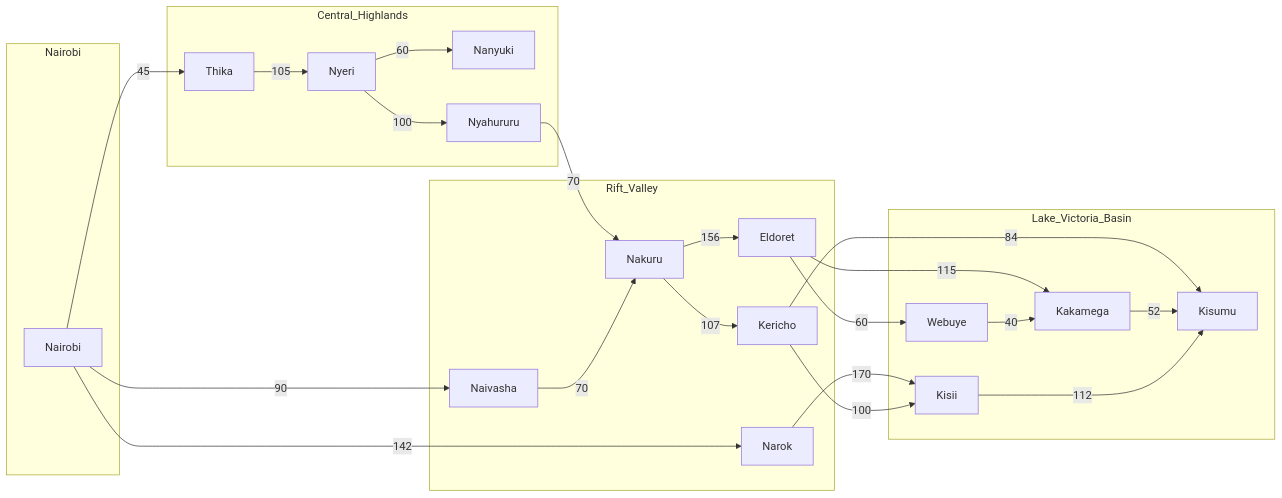
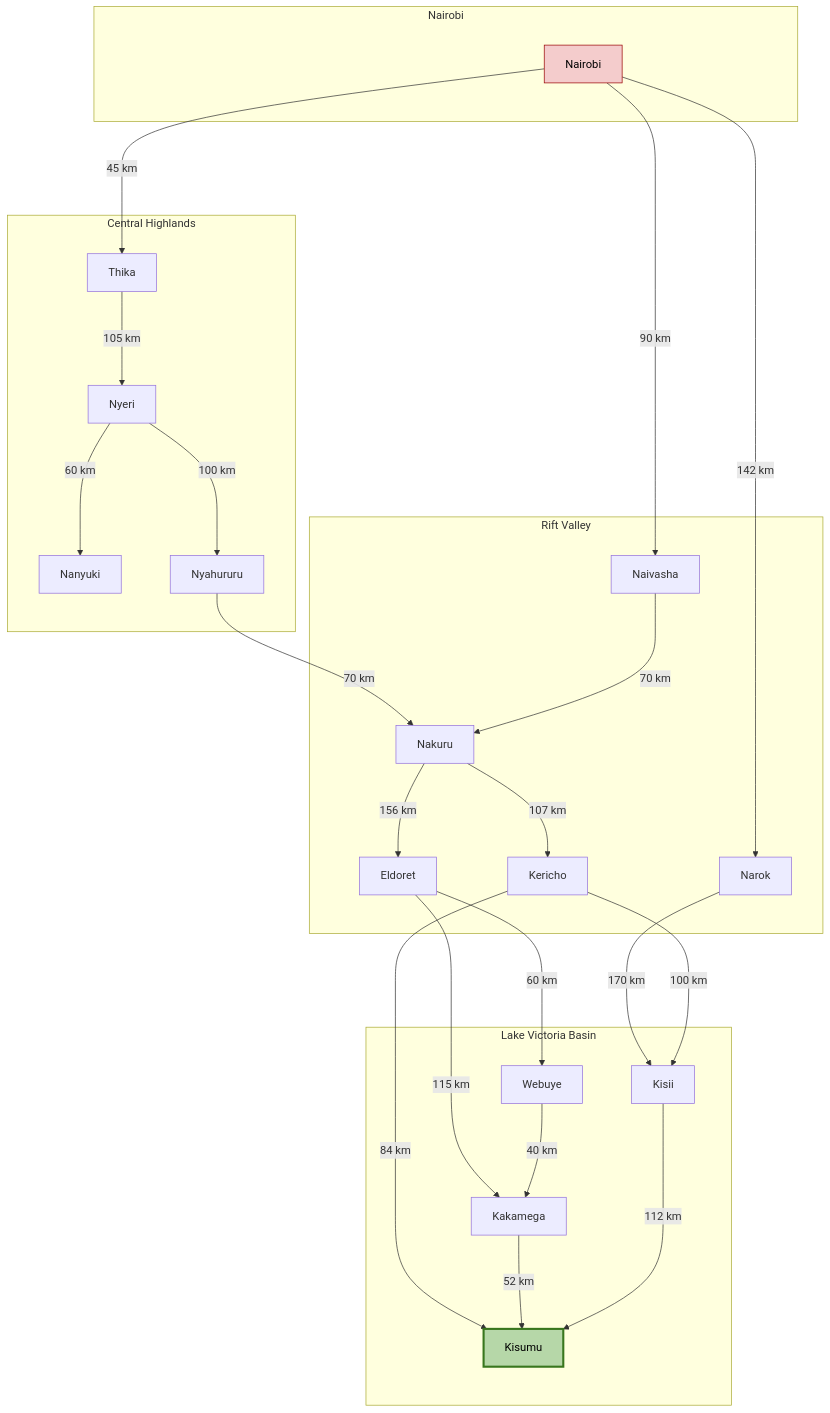
Before and after one commit to JeremiahSents/ps-agents: the first of 3 diagrams in design.md, drawn with Mermaid. The commit also changed other lines of this file, not shown here.

````diff
--- a/design.md
+++ b/design.md
@@ -59,44 +59,50 @@
 ```mermaid
-graph LR
+%%{init: {"flowchart": {"nodeSpacing": 70, "rankSpacing": 110, "curve": "basis"}}}%%
+graph TD
     subgraph Nairobi
         NBI[Nairobi]
     end
-    subgraph Central_Highlands
+    subgraph Central_Highlands["Central Highlands"]
         THK[Thika]
         NYR[Nyeri]
         NYK[Nanyuki]
         NYH[Nyahururu]
     end
-    subgraph Rift_Valley
+    subgraph Rift_Valley["Rift Valley"]
         NVS[Naivasha]
         NKR[Nakuru]
         NRK[Narok]
         KER[Kericho]
         ELD[Eldoret]
     end
-    subgraph Lake_Victoria_Basin
+    subgraph Lake_Victoria_Basin["Lake Victoria Basin"]
+        WEB[Webuye]
+        KAK[Kakamega]
+        KSI[Kisii]
         KSM[Kisumu]
-        KSI[Kisii]
-        KAK[Kakamega]
-        WEB[Webuye]
     end
 
-    NBI -->|45| THK
-    NBI -->|90| NVS
-    NBI -->|142| NRK
-    THK -->|105| NYR
-    NYR -->|60| NYK
-    NYR -->|100| NYH
-    NYH -->|70| NKR
-    NVS -->|70| NKR
-    NKR -->|107| KER
-    NKR -->|156| ELD
-    NRK -->|170| KSI
-    KER -->|84| KSM
-    KER -->|100| KSI
-    ELD -->|115| KAK
-    ELD -->|60| WEB
-    WEB -->|40| KAK
-    KAK -->|52| KSM
-    KSI -->|112| KSM
+    NBI -->|"45 km"| THK
+    NBI -->|"90 km"| NVS
+    NBI -->|"142 km"| NRK
+    THK -->|"105 km"| NYR
+    NYR -->|"60 km"| NYK
+    NYR -->|"100 km"| NYH
+    NYH -->|"70 km"| NKR
+    NVS -->|"70 km"| NKR
+    NKR -->|"107 km"| KER
+    NKR -->|"156 km"| ELD
+    NRK -->|"170 km"| KSI
+    KER -->|"84 km"| KSM
+    KER -->|"100 km"| KSI
+    ELD -->|"115 km"| KAK
+    ELD -->|"60 km"| WEB
+    WEB -->|"40 km"| KAK
+    KAK -->|"52 km"| KSM
+    KSI -->|"112 km"| KSM
+
+    classDef start fill:#f4cccc,stroke:#990000,color:#000000
+    classDef goal fill:#b6d7a8,stroke:#38761d,stroke-width:3px,color:#000000
+    class NBI start
+    class KSM goal
 ```
````
